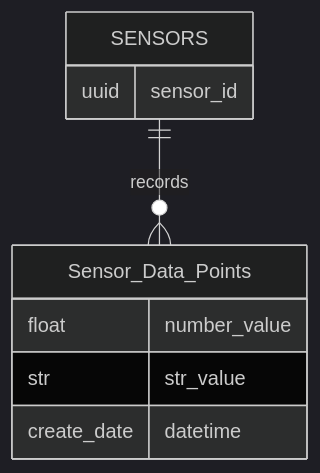
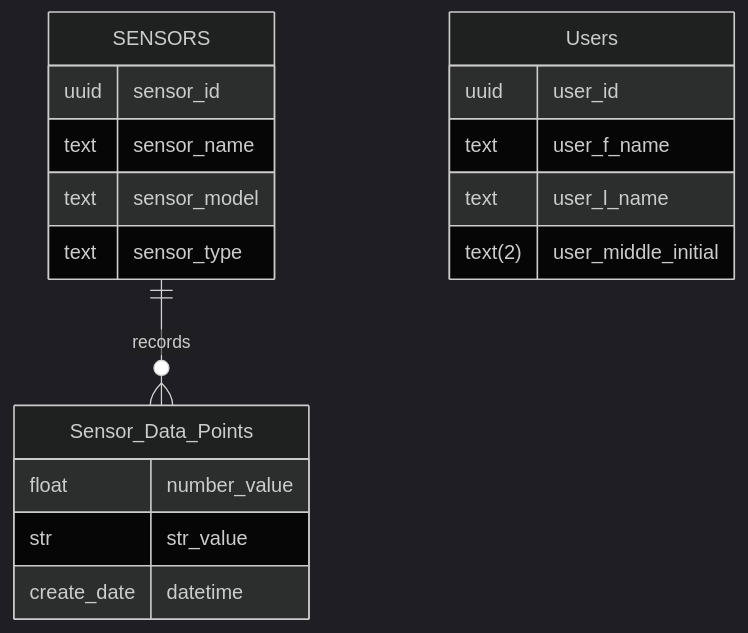
The diagram in Documentation/Database_Relational_Diagram.md (CharisGrubb/SensorCommandCenter), drawn with Mermaid (dark theme) before and after one commit.

Commit message:
update ER diagram, testing mermaid recognizing other data types

````diff
--- a/Documentation/Database_Relational_Diagram.md
+++ b/Documentation/Database_Relational_Diagram.md
@@ -1,18 +1,31 @@
 ```mermaid
 
 erDiagram
     SENSORS ||--o{ Sensor_Data_Points : records
+
+
+    Users{
+        uuid user_id
+        text user_f_name
+        text user_l_name
+        text(2) user_middle_initial
+    }
+
+
     SENSORS {
         uuid sensor_id
+        text sensor_name 
+        text sensor_model
+        text sensor_type
         
     }
     
     Sensor_Data_Points {
         float number_value
         str str_value
         create_date datetime
     }
    
 
 
 ```
````
